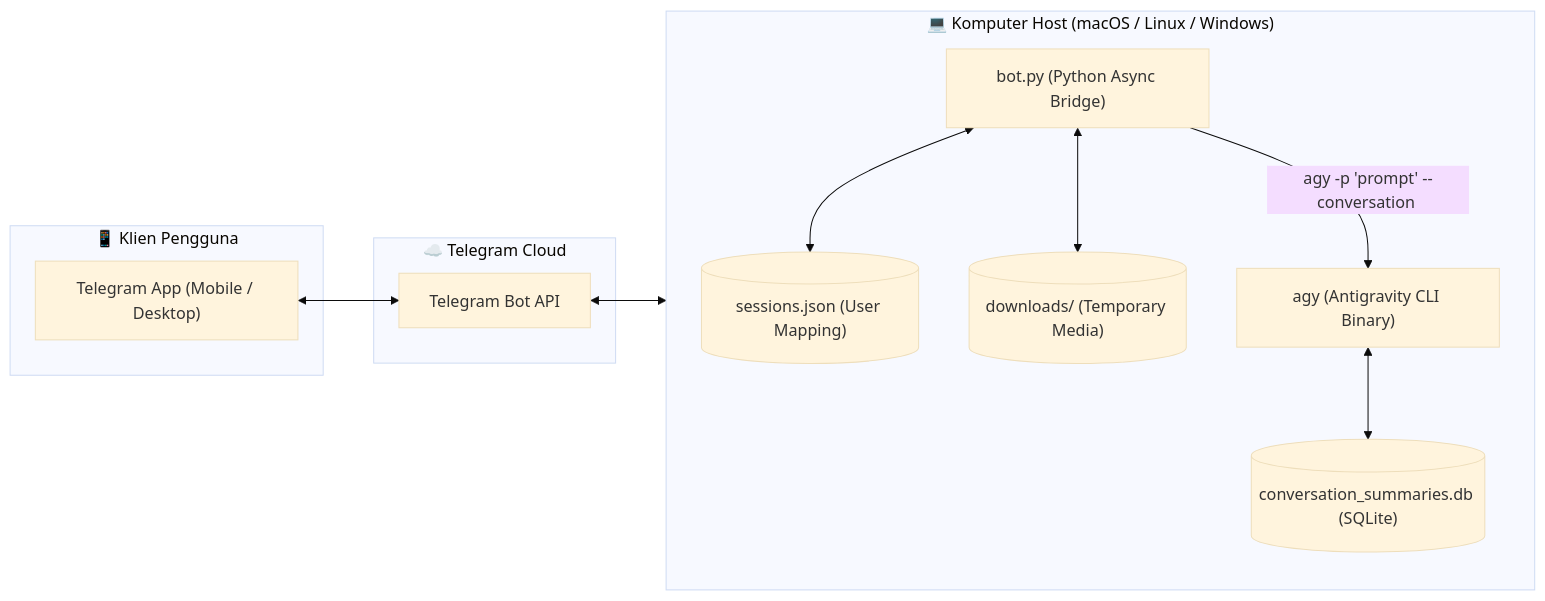
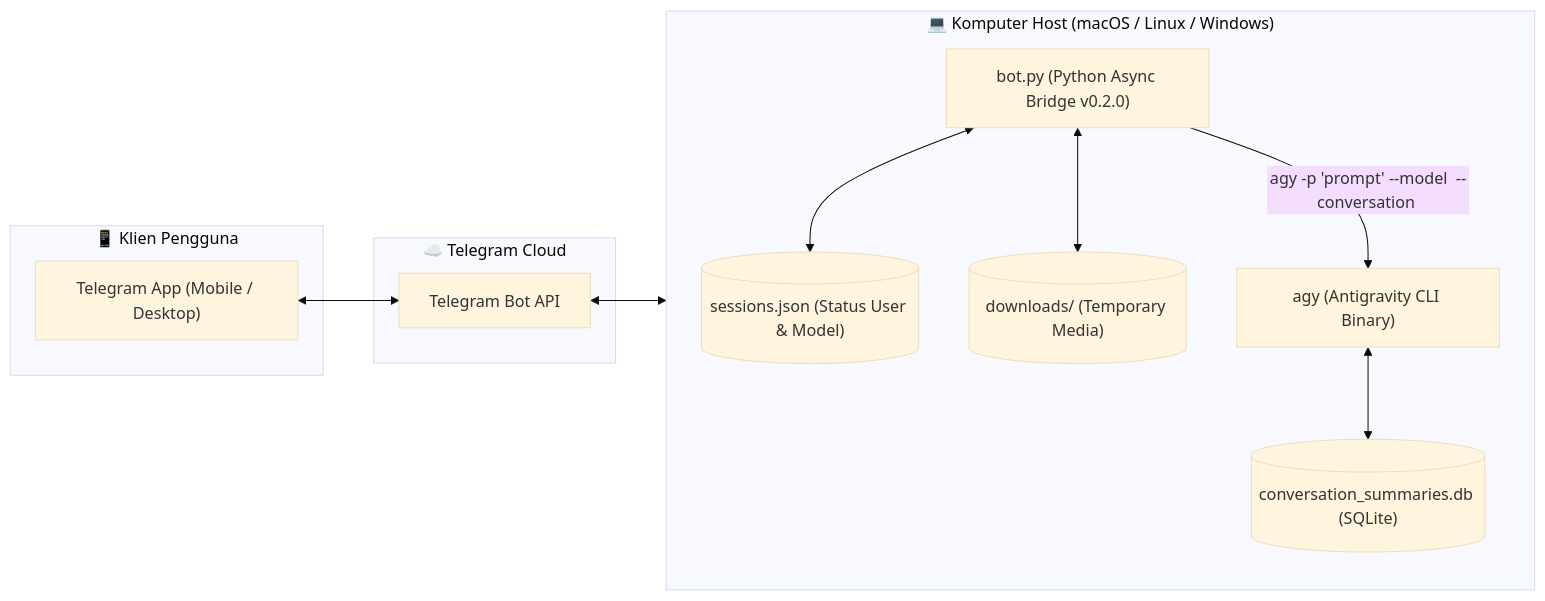
Before and after one commit to fritzuu/agy-telegrambot: the diagram in README.id.md, drawn with Mermaid (base theme). The commit also changed other lines of this file and 2 other files, not shown here.

````diff
--- a/README.id.md
+++ b/README.id.md
@@ -22,27 +22,27 @@
 ```mermaid
 flowchart LR
     subgraph Client ["📱 Klien Pengguna"]
         TG_APP["Telegram App (Mobile / Desktop)"]
     end
 
     subgraph Telegram_Cloud ["☁️ Telegram Cloud"]
         TG_API["Telegram Bot API"]
     end
 
     subgraph Host ["💻 Komputer Host (macOS / Linux / Windows)"]
         direction TB
-        BOT["bot.py (Python Async Bridge)"]
-        SESS[("sessions.json (User Mapping)")]
+        BOT["bot.py (Python Async Bridge v0.2.0)"]
+        SESS[("sessions.json (Status User & Model)")]
         MEDIA[("downloads/ (Temporary Media)")]
         AGY_CLI["agy (Antigravity CLI Binary)"]
         AGY_DB[("conversation_summaries.db (SQLite)")]
 
         BOT <--> SESS
         BOT <--> MEDIA
-        BOT -- "agy -p 'prompt' --conversation <id>" --> AGY_CLI
+        BOT -- "agy -p 'prompt' --model <model> --conversation <id>" --> AGY_CLI
         AGY_CLI <--> AGY_DB
     end
 
     TG_APP <--> TG_API
     TG_API <--> BOT
 ```
````
